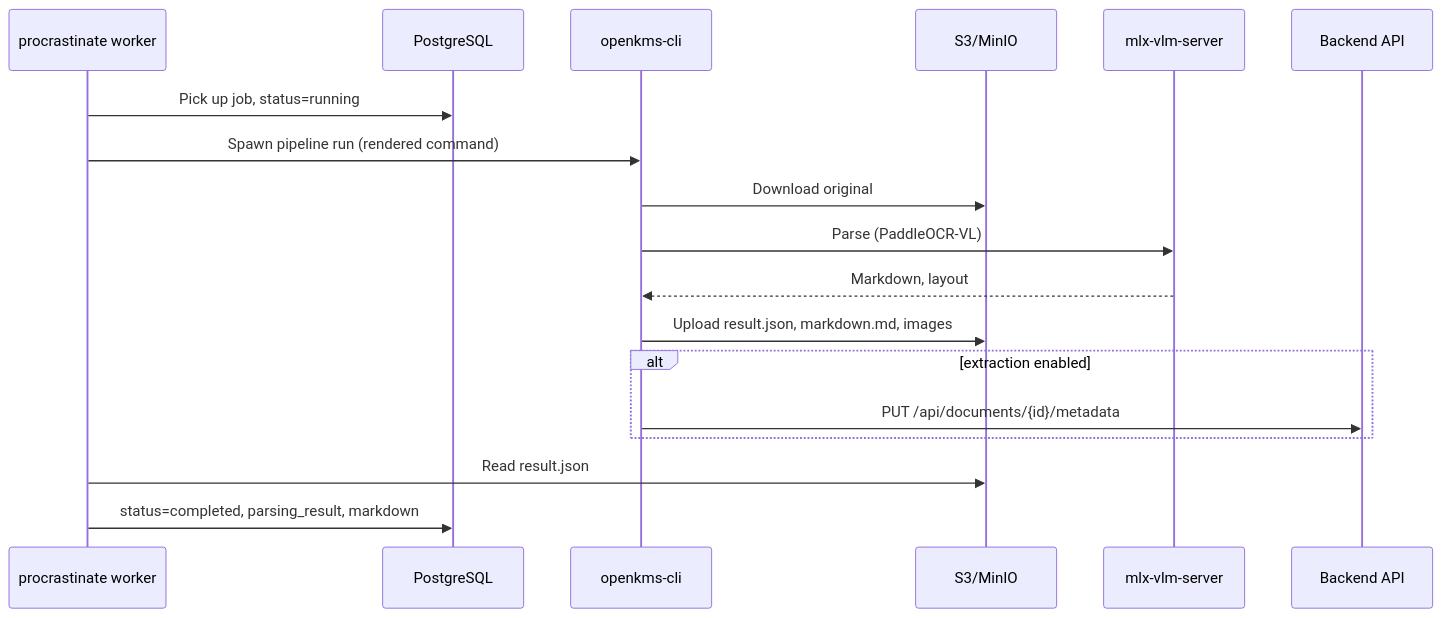
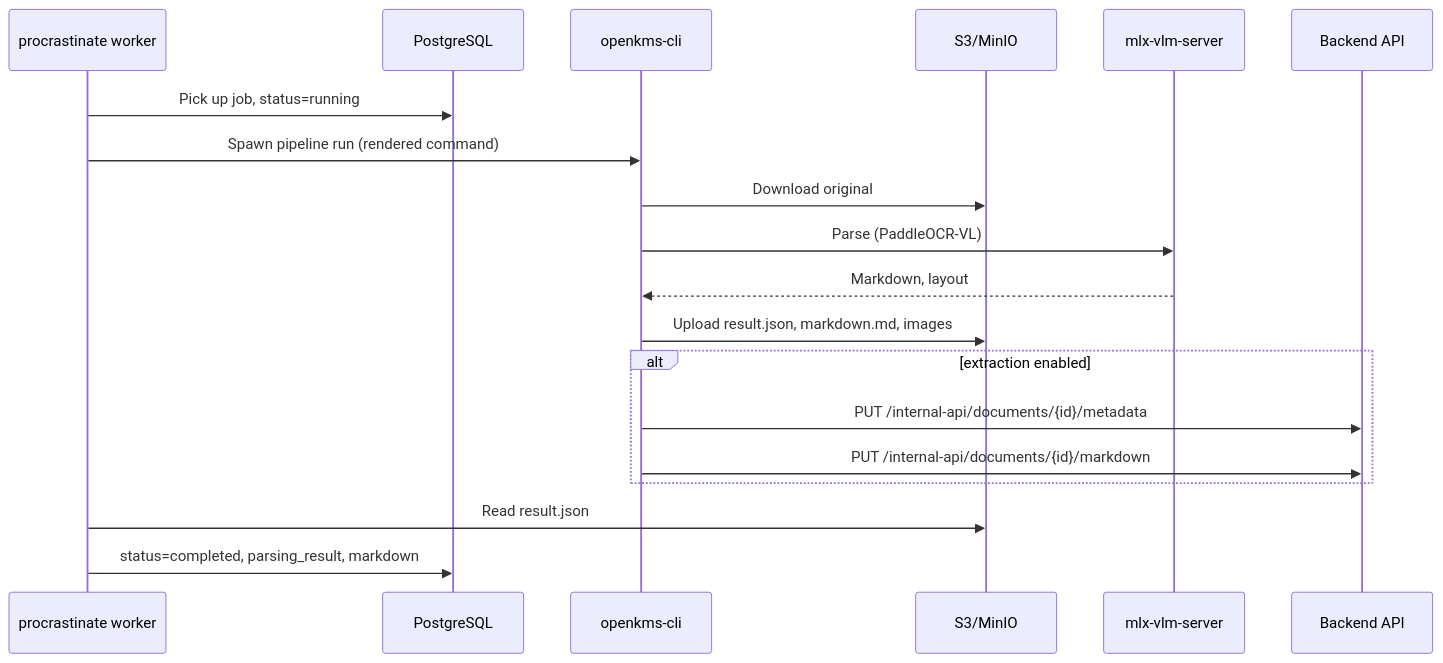
One commit to yingrui/openKMS changed the fourth of 5 diagrams in docs/architecture.md. Above: the diagram before and after it, drawn with Mermaid. The commit also changed other lines of this file and 32 other files, not shown here.

````diff
--- a/docs/architecture.md
+++ b/docs/architecture.md
@@ -361,21 +361,22 @@
 ```mermaid
 sequenceDiagram
   participant Q as procrastinate worker
   participant DB as PostgreSQL
   participant CLI as openkms-cli
   participant S3 as S3/MinIO
   participant VLM as mlx-vlm-server
   participant BE as Backend API
 
   Q->>DB: Pick up job, status=running
   Q->>CLI: Spawn pipeline run (rendered command)
   CLI->>S3: Download original
   CLI->>VLM: Parse (PaddleOCR-VL)
   VLM-->>CLI: Markdown, layout
   CLI->>S3: Upload result.json, markdown.md, images
   alt extraction enabled
-    CLI->>BE: PUT /api/documents/{id}/metadata
+    CLI->>BE: PUT /internal-api/documents/{id}/metadata
+    CLI->>BE: PUT /internal-api/documents/{id}/markdown
   end
   Q->>S3: Read result.json
   Q->>DB: status=completed, parsing_result, markdown
 ```
````
